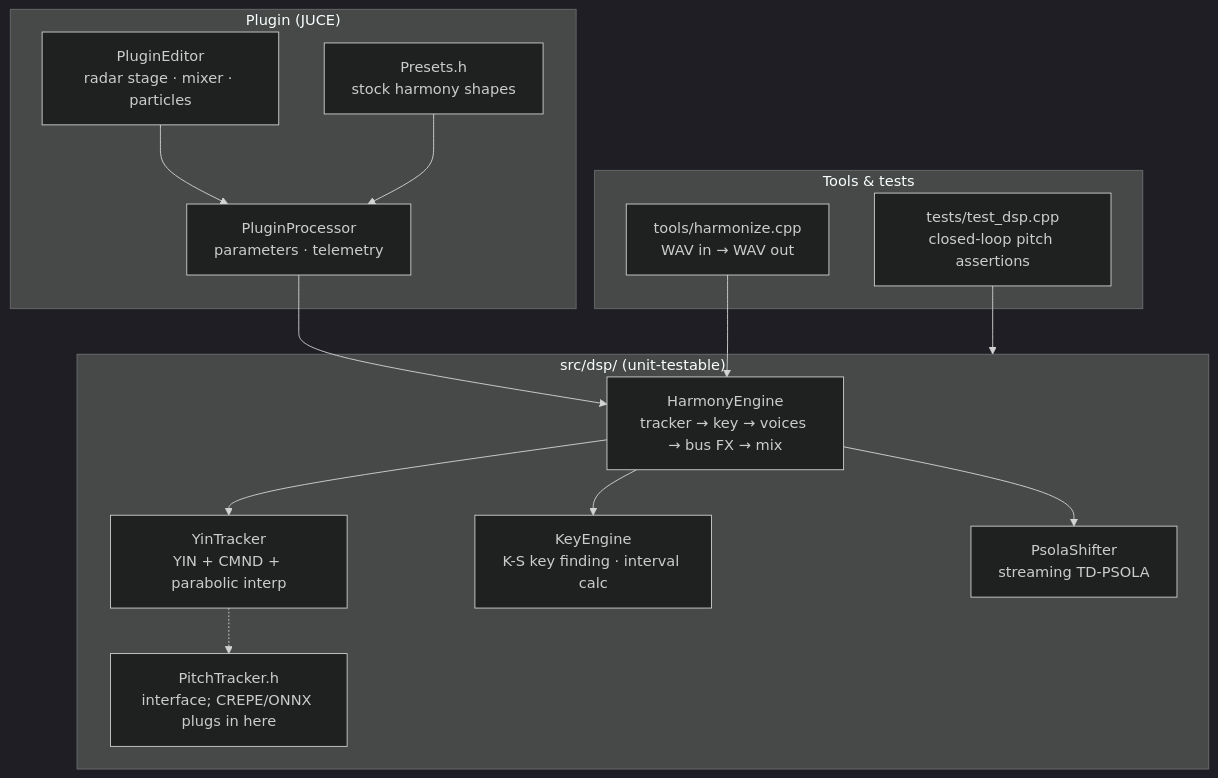
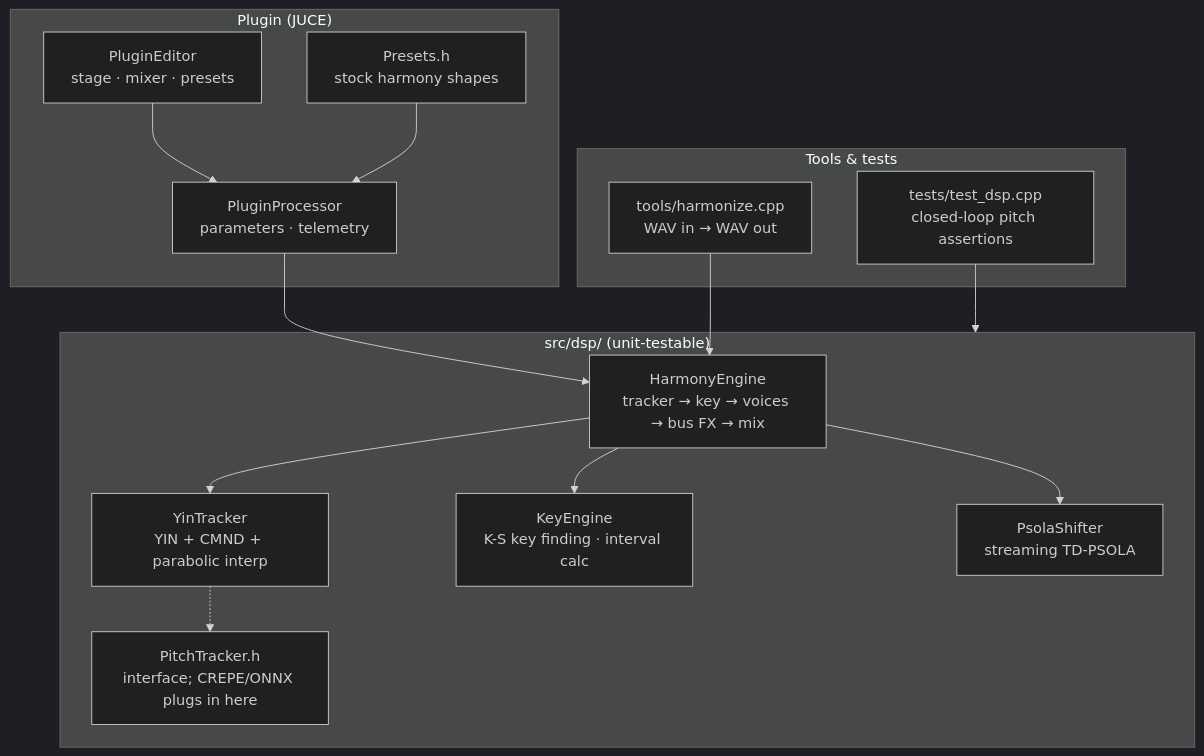
The second of 2 diagrams in README.md (rithulkamesh/chorale), drawn with Mermaid (dark theme) before and after one commit. The commit also changed other lines of this file and 3 other files, not shown here.

First line of the commit message:
Update README with stage and mixer screenshots.

````diff
--- a/README.md
+++ b/README.md
@@ -120,29 +128,29 @@
 ```mermaid
 flowchart TB
     subgraph Host["Plugin (JUCE)"]
-        PE["PluginEditor<br/>radar stage · mixer · particles"]
+        PE["PluginEditor<br/>stage · mixer · presets"]
         PP["PluginProcessor<br/>parameters · telemetry"]
         PR["Presets.h<br/>stock harmony shapes"]
     end
 
     subgraph Core["src/dsp/ (unit-testable)"]
         HE["HarmonyEngine<br/>tracker → key → voices → bus FX → mix"]
         YIN["YinTracker<br/>YIN + CMND + parabolic interp"]
         KE["KeyEngine<br/>K-S key finding · interval calc"]
         PS["PsolaShifter<br/>streaming TD-PSOLA"]
         PT["PitchTracker.h<br/>interface; CREPE/ONNX plugs in here"]
     end
 
     subgraph Offline["Tools & tests"]
         CLI["tools/harmonize.cpp<br/>WAV in → WAV out"]
         TST["tests/test_dsp.cpp<br/>closed-loop pitch assertions"]
     end
 
     PE --> PP
     PP --> HE
     PR --> PP
     HE --> YIN & KE & PS
     YIN -.-> PT
     CLI --> HE
     TST --> Core
 ```
````
